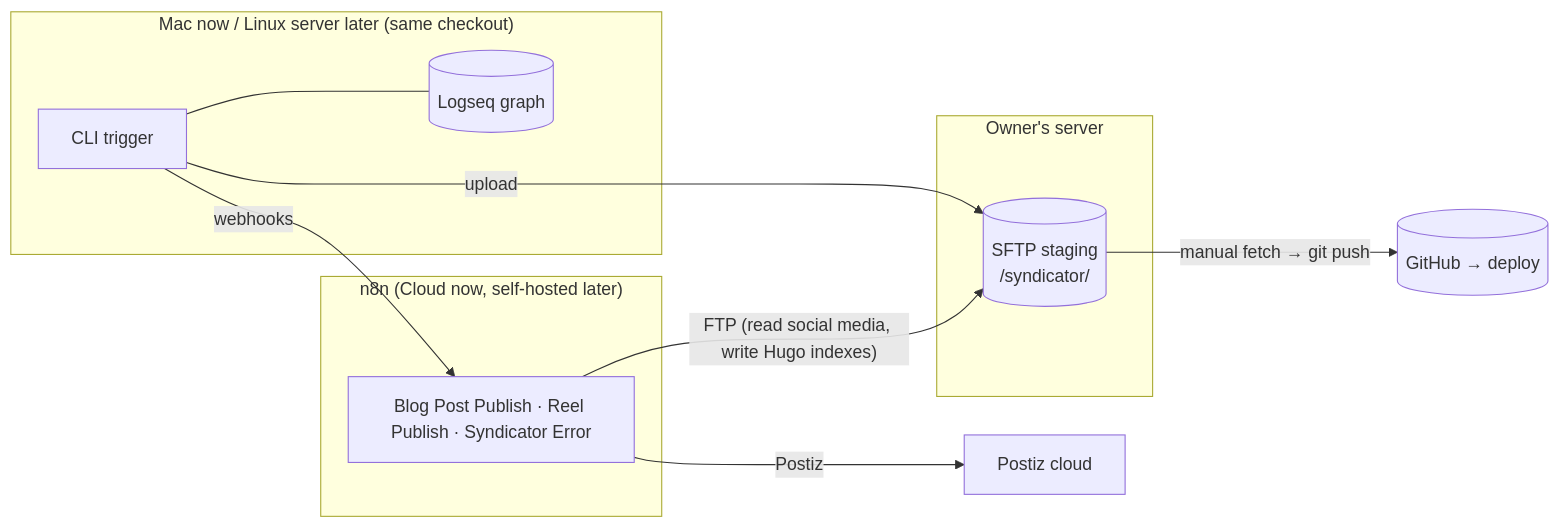
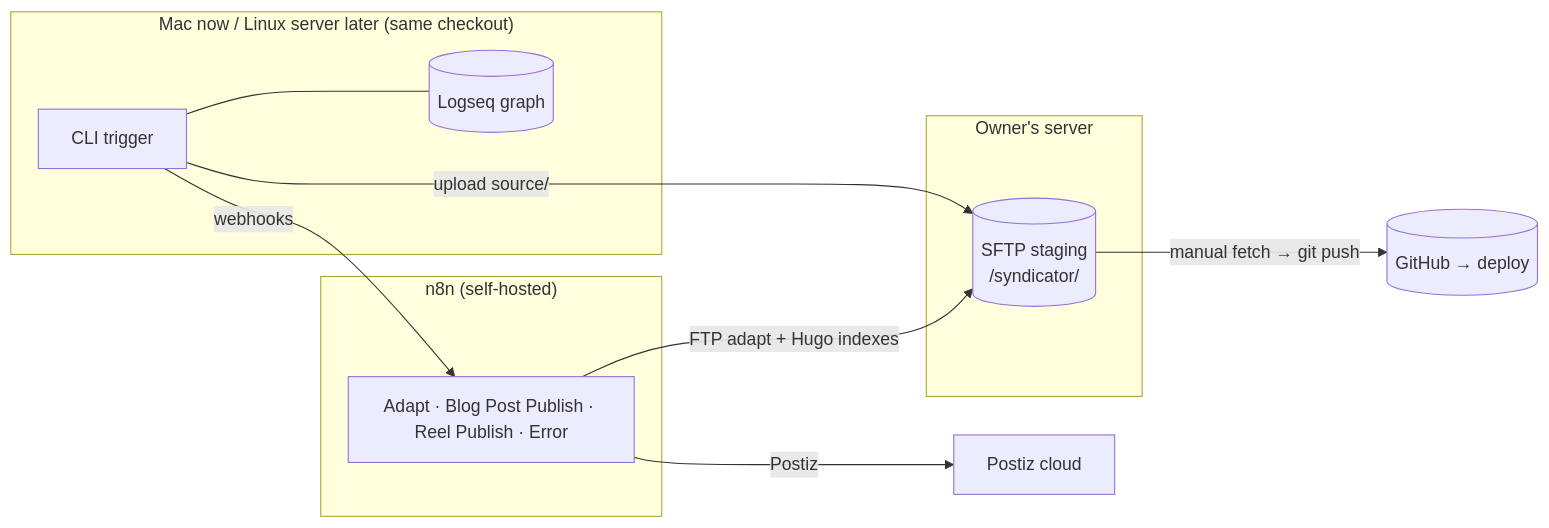
Before and after one commit to bbaumgartner/syndicator: the second of 2 diagrams in docs/architecture.md, drawn with Mermaid. The commit also changed other lines of this file and 28 other files, not shown here.

First line of the commit message:
Move media adaptation into n8n; keep local client as source uploader.

````diff
--- a/docs/architecture.md
+++ b/docs/architecture.md
@@ -241,19 +233,19 @@
 ```mermaid
 flowchart LR
     subgraph Local ["Mac now / Linux server later (same checkout)"]
         C["CLI trigger"]
         G[("Logseq graph")]
     end
     subgraph Owner ["Owner's server"]
         S[("SFTP staging\n/syndicator/")]
     end
-    subgraph Cloud ["n8n (Cloud now, self-hosted later)"]
-        WF["Blog Post Publish · Reel Publish · Syndicator Error"]
+    subgraph Cloud ["n8n (self-hosted)"]
+        WF["Adapt · Blog Post Publish · Reel Publish · Error"]
     end
     C --- G
-    C -->|upload| S
+    C -->|upload source/| S
     C -->|webhooks| WF
-    WF -->|"FTP (read social media, write Hugo indexes)"| S
+    WF -->|"FTP adapt + Hugo indexes"| S
     S -->|"manual fetch → git push"| GH[("GitHub → deploy")]
     WF -->|Postiz| PZ["Postiz cloud"]
 ```
````
